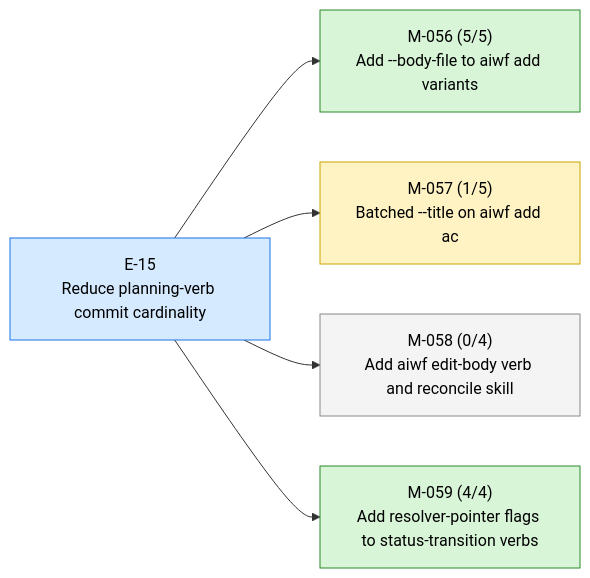
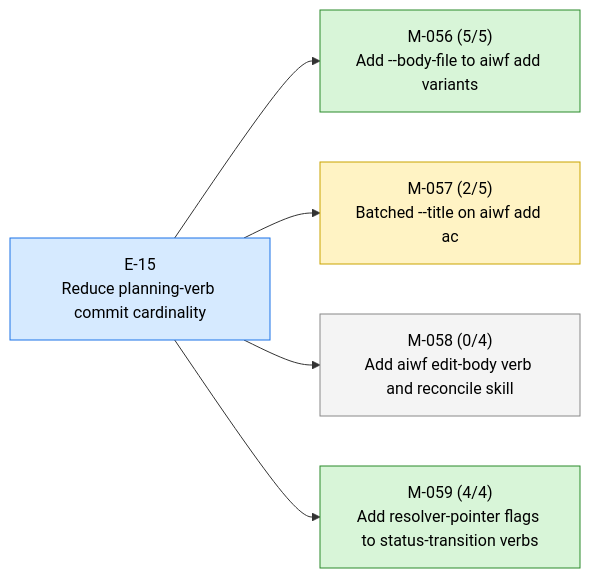
The first of 3 diagrams in STATUS.md (23min/aiwf), drawn with Mermaid before and after one commit. The commit also changed other lines of this file and 1 other file, not shown here.

First line of the commit message:
aiwf promote M-057/AC-2 open -> met

````diff
--- a/STATUS.md
+++ b/STATUS.md
@@ -14,18 +14,18 @@
 ```mermaid
 flowchart LR
   E_15["E-15<br/>Reduce planning-verb commit cardinality"]:::epic_active
   M_056["M-056 (5/5)<br/>Add --body-file to aiwf add variants"]:::ms_done
   E_15 --> M_056
-  M_057["M-057 (1/5)<br/>Batched --title on aiwf add ac"]:::ms_in_progress
+  M_057["M-057 (2/5)<br/>Batched --title on aiwf add ac"]:::ms_in_progress
   E_15 --> M_057
   M_058["M-058 (0/4)<br/>Add aiwf edit-body verb and reconcile skill"]:::ms_draft
   E_15 --> M_058
   M_059["M-059 (4/4)<br/>Add resolver-pointer flags to status-transition verbs"]:::ms_done
   E_15 --> M_059
   classDef epic_active fill:#d6eaff,stroke:#1a73e8,color:#000
   classDef epic_proposed fill:#f4f4f4,stroke:#888,color:#000
   classDef ms_done fill:#d8f5d8,stroke:#2a8a2a,color:#000
   classDef ms_in_progress fill:#fff3c4,stroke:#caa400,color:#000
   classDef ms_draft fill:#f4f4f4,stroke:#888,color:#000
   classDef ms_cancelled fill:#fbeaea,stroke:#c33,color:#000
 ```
````
